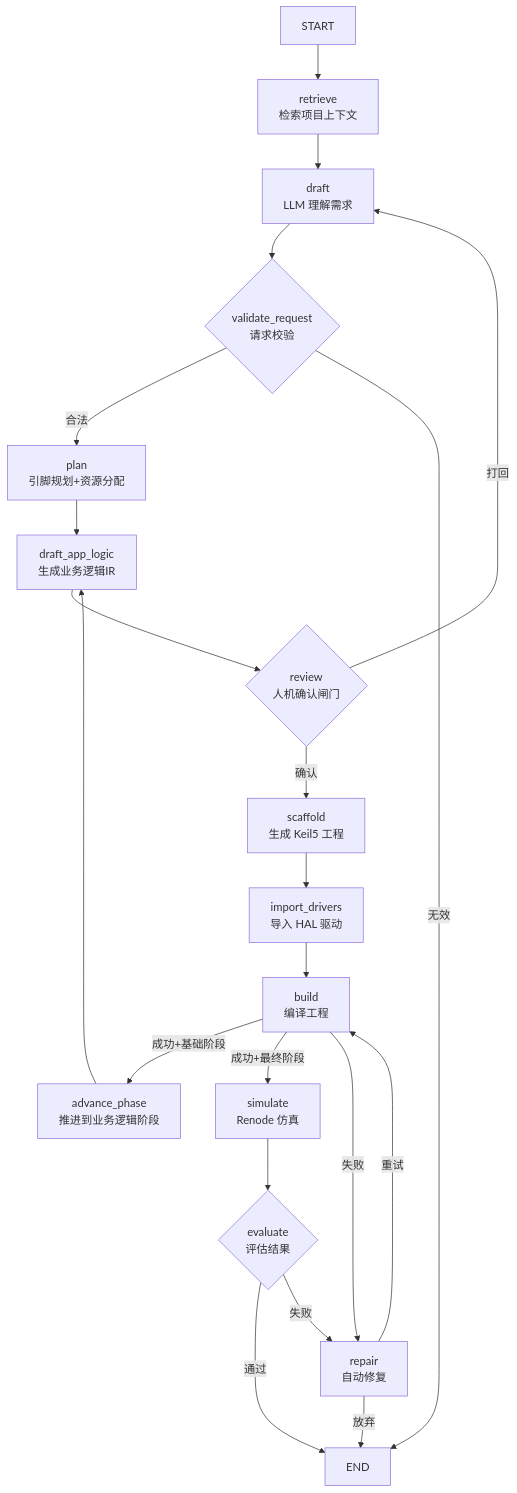
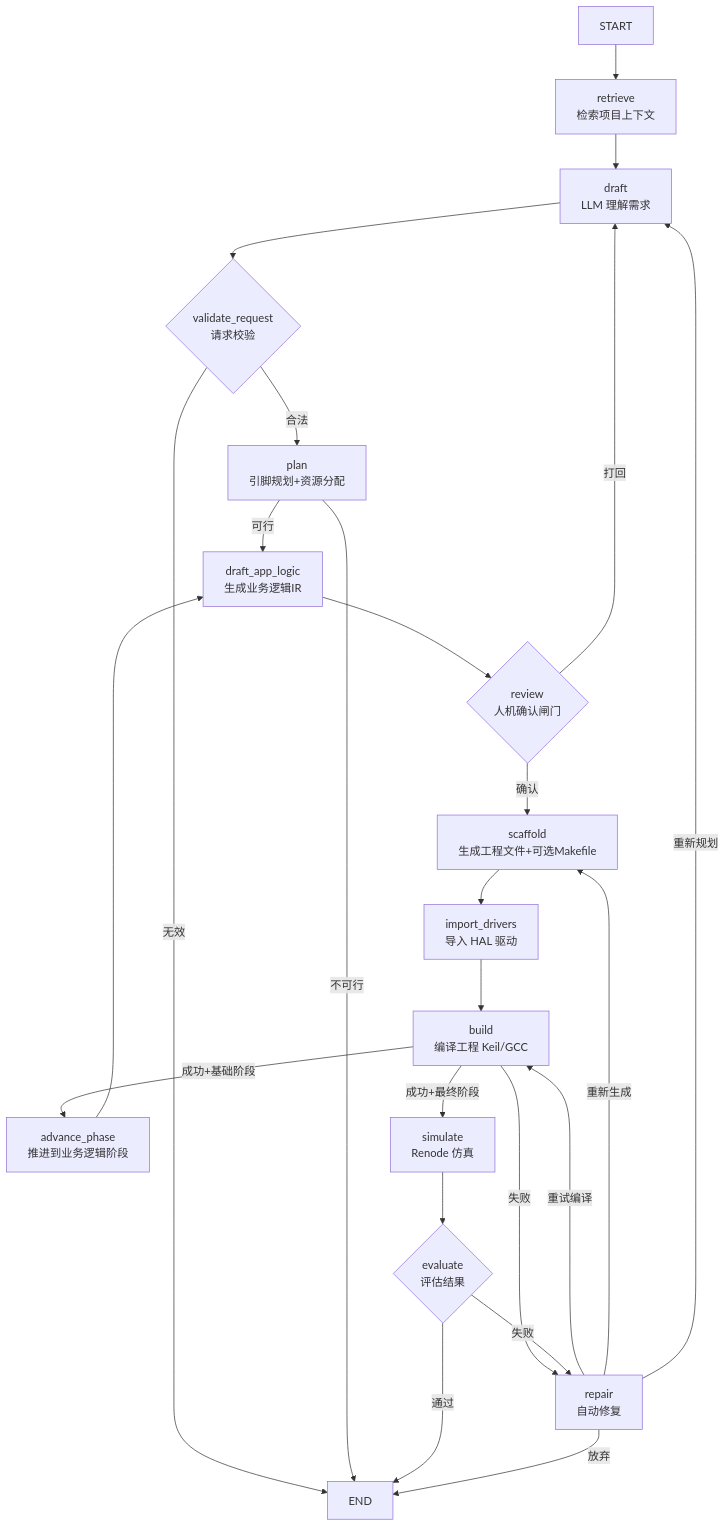
The diagram in README.md (ypicx/ChipWhisper), drawn with Mermaid before and after one commit. The commit also changed other lines of this file and 11 other files, not shown here.

Commit message:
feat: add ARM GCC build backend and desktop/README updates

````diff
--- a/README.md
+++ b/README.md
@@ -71,23 +74,26 @@
 ```mermaid
 graph TD
     A[START] --> B[retrieve<br/>检索项目上下文]
     B --> C[draft<br/>LLM 理解需求]
     C --> D{validate_request<br/>请求校验}
     D -->|合法| E[plan<br/>引脚规划+资源分配]
     D -->|无效| Z[END]
-    E --> F[draft_app_logic<br/>生成业务逻辑IR]
+    E -->|可行| F[draft_app_logic<br/>生成业务逻辑IR]
+    E -->|不可行| Z
     F --> G{review<br/>人机确认闸门}
-    G -->|确认| H[scaffold<br/>生成 Keil5 工程]
+    G -->|确认| H[scaffold<br/>生成工程文件+可选Makefile]
     G -->|打回| C
     H --> I[import_drivers<br/>导入 HAL 驱动]
-    I --> J[build<br/>编译工程]
+    I --> J[build<br/>编译工程 Keil/GCC]
     J -->|成功+基础阶段| K[advance_phase<br/>推进到业务逻辑阶段]
     J -->|成功+最终阶段| L[simulate<br/>Renode 仿真]
     J -->|失败| M[repair<br/>自动修复]
     K --> F
     L --> N{evaluate<br/>评估结果}
     N -->|通过| Z
     N -->|失败| M
-    M -->|重试| J
+    M -->|重试编译| J
+    M -->|重新生成| H
+    M -->|重新规划| C
     M -->|放弃| Z
 ```
````
